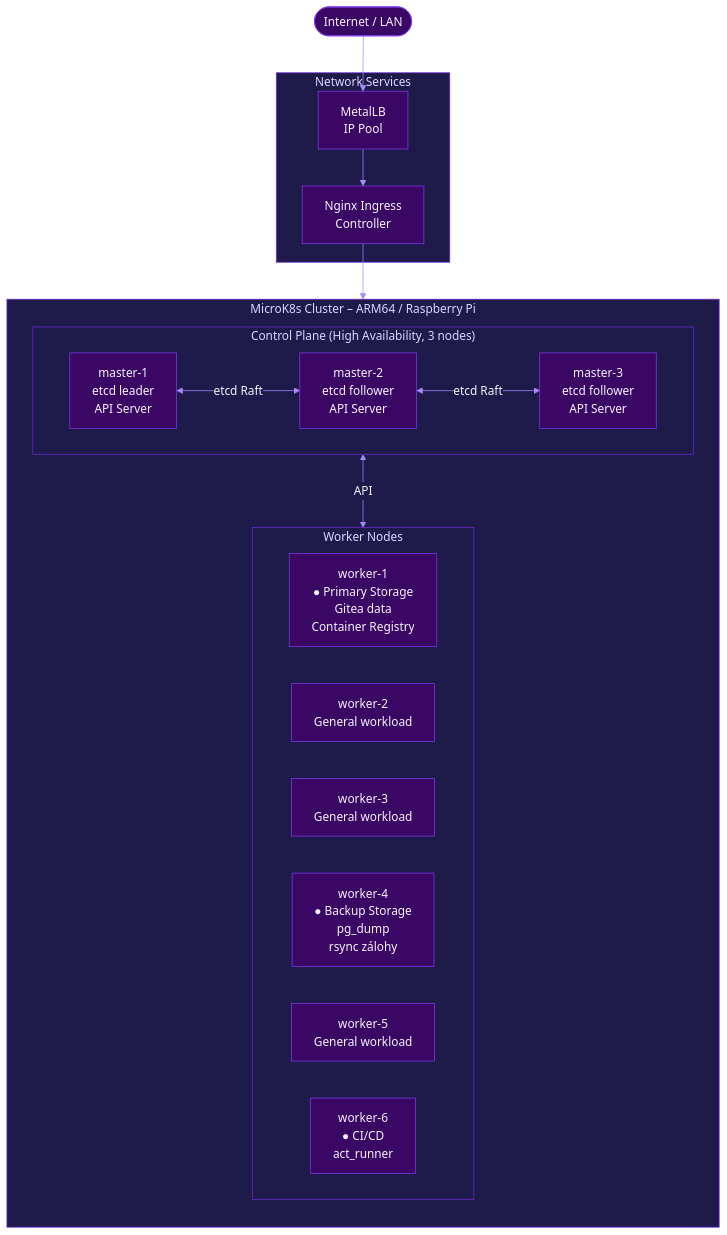
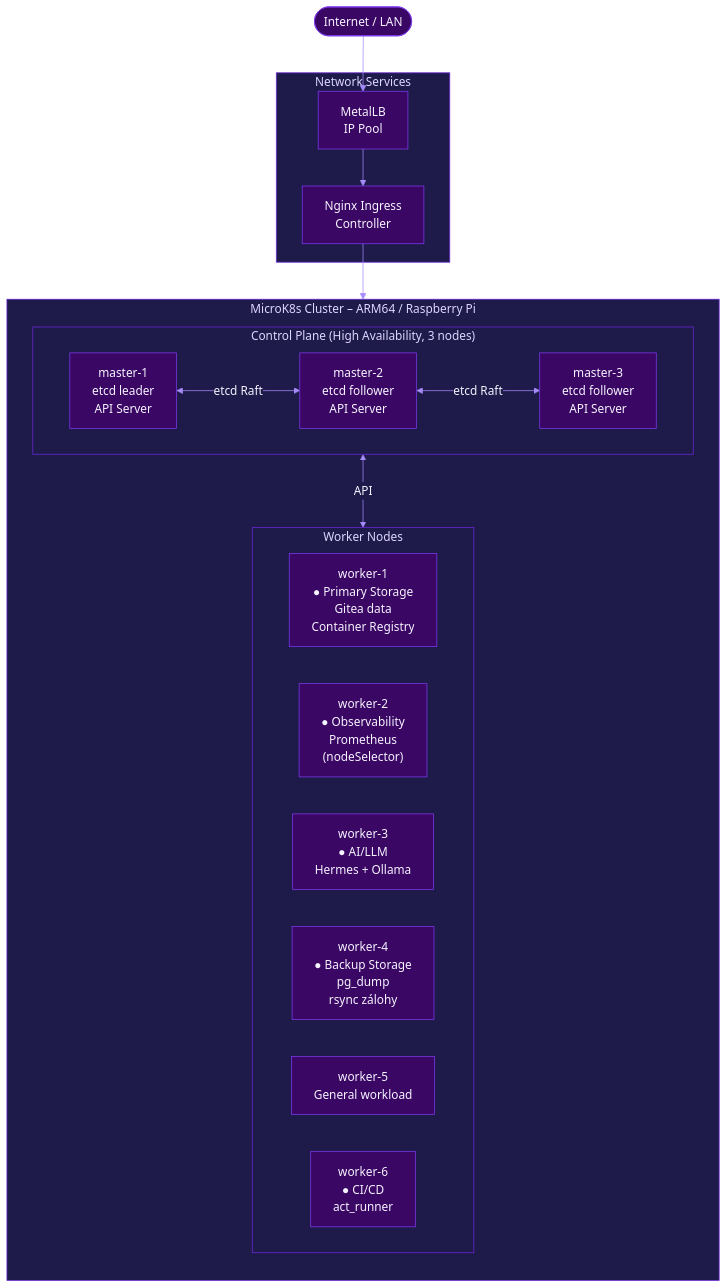
Before and after one commit to hunterst23/CLUSTER-ARCHITECTURE: the third of 26 diagrams in ARCHITECTURE.md, drawn with Mermaid.

Commit message:
docs: aktualizovat workload přiřazení worker nodů
worker-2: Prometheus přesunut sem via nodeSelector patch
worker-3: Hermes + Ollama (LLM workload)

````diff
--- a/ARCHITECTURE.md
+++ b/ARCHITECTURE.md
@@ -136,34 +136,34 @@
 ```mermaid
 %%{init: {'theme': 'base', 'themeVariables': {'primaryColor': '#3b0764', 'primaryTextColor': '#f5f3ff', 'primaryBorderColor': '#7c3aed', 'lineColor': '#a78bfa', 'secondaryColor': '#1f2937', 'tertiaryColor': '#111827', 'clusterBkg': '#1e1b4b', 'clusterBorder': '#6d28d9', 'nodeBorder': '#7c3aed', 'titleColor': '#ddd6fe', 'edgeLabelBackground': '#1e1b4b', 'actorBkg': '#3b0764', 'actorBorder': '#7c3aed', 'actorTextColor': '#f5f3ff', 'actorLineColor': '#6d28d9', 'signalColor': '#a78bfa', 'signalTextColor': '#f5f3ff', 'noteBkgColor': '#2e1065', 'noteTextColor': '#ddd6fe', 'labelBoxBkgColor': '#3b0764', 'labelBoxBorderColor': '#7c3aed', 'labelTextColor': '#f5f3ff', 'loopTextColor': '#ddd6fe', 'activationBorderColor': '#7c3aed', 'activationBkgColor': '#2e1065', 'sequenceNumberColor': '#f5f3ff'}}}%%
 graph TB
     subgraph Cluster["MicroK8s Cluster  –  ARM64 / Raspberry Pi"]
         direction TB
 
         subgraph CP["Control Plane  (High Availability, 3 nodes)"]
             M1["master-1\netcd leader\nAPI Server"]
             M2["master-2\netcd follower\nAPI Server"]
             M3["master-3\netcd follower\nAPI Server"]
             M1 <-->|etcd Raft| M2
             M2 <-->|etcd Raft| M3
         end
 
         subgraph Workers["Worker Nodes"]
             W1["worker-1\n● Primary Storage\n  Gitea data\n  Container Registry"]
-            W2["worker-2\nGeneral workload"]
-            W3["worker-3\nGeneral workload"]
+            W2["worker-2\n● Observability\n  Prometheus\n  (nodeSelector)"]
+            W3["worker-3\n● AI/LLM\n  Hermes + Ollama"]
             W4["worker-4\n● Backup Storage\n  pg_dump\n  rsync zálohy"]
             W5["worker-5\nGeneral workload"]
             W6["worker-6\n● CI/CD\n  act_runner"]
         end
     end
 
     subgraph Net["Network Services"]
         MLBPool["MetalLB\nIP Pool"]
         IC["Nginx Ingress\nController"]
     end
 
     Internet(["Internet / LAN"]) --> MLBPool
     MLBPool --> IC
     IC --> Workers
     CP <-->|API| Workers
 ```
````
